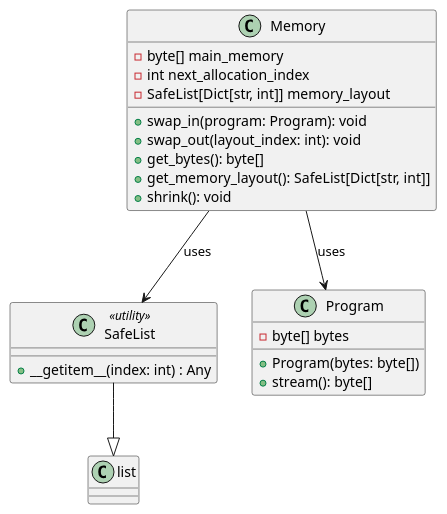
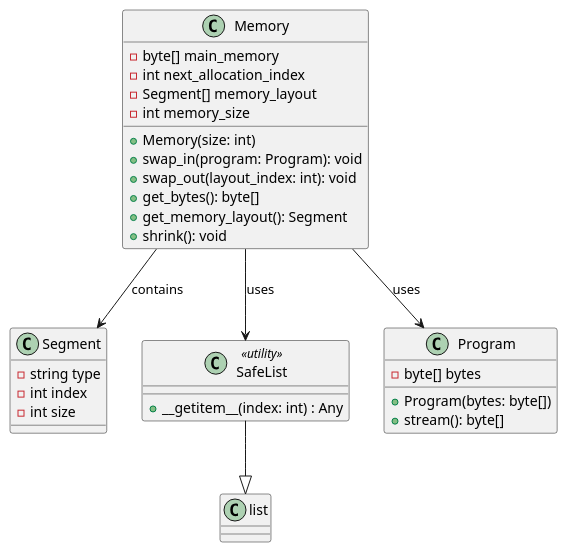
Before and after one commit to Caue-Aron/MEMSIM: the diagram in schema.puml, drawn with PlantUML. The commit also changed 6 other files, not shown here.

```diff
--- a/schema.puml
+++ b/schema.puml
@@ -1,28 +1,37 @@
 @startuml MEMSIM
 class Memory {
     - byte[] main_memory
     - int next_allocation_index
-    - SafeList[Dict[str, int]] memory_layout
+    - Segment[] memory_layout
+    - int memory_size
 
+    + Memory(size: int)
     + swap_in(program: Program): void
     + swap_out(layout_index: int): void
     + get_bytes(): byte[]
-    + get_memory_layout(): SafeList[Dict[str, int]]
+    + get_memory_layout(): Segment
     + shrink(): void
+}
+
+class Segment {
+    - string type
+    - int index
+    - int size
 }
 
 class SafeList <<utility>> {
     + __getitem__(index: int) : Any
 }
 
 class Program {
     - byte[] bytes
 
     + Program(bytes: byte[])
     + stream(): byte[]
 }
 
 SafeList --|> list
 Memory --> Program : uses
 Memory --> SafeList : uses
+Memory --> Segment : contains
 @enduml
```
